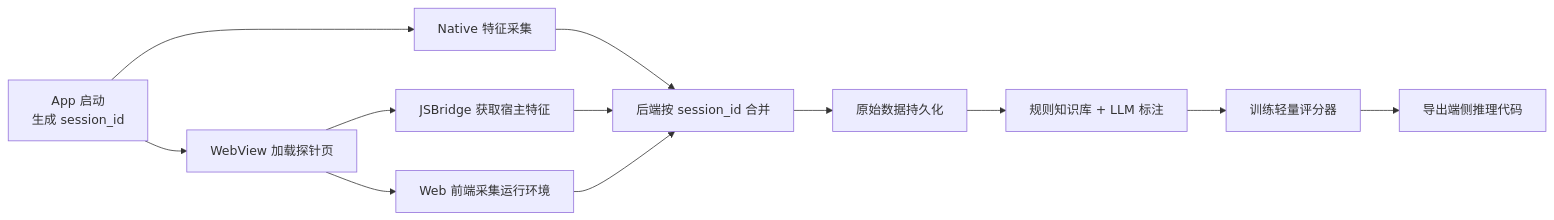
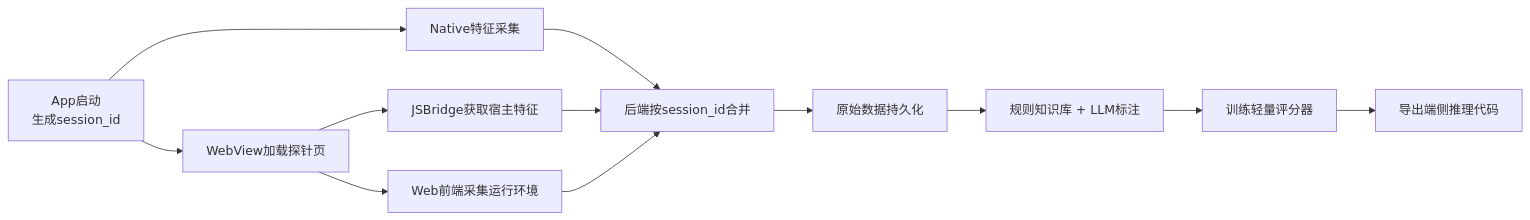
Before and after one commit to Xavi-L/RBA-Cross-Device-Fingerprint: the second of 4 diagrams in thesis_materials/chapter2_system_design.md, drawn with Mermaid. The commit also changed other lines of this file and 28 other files, not shown here.

````diff
--- a/thesis_materials/chapter2_system_design.md
+++ b/thesis_materials/chapter2_system_design.md
@@ -126,18 +126,18 @@
 ```mermaid
 flowchart LR
-    A["App 启动\n生成 session_id"]
-    B["Native 特征采集"]
-    C["WebView 加载探针页"]
-    D["JSBridge 获取宿主特征"]
-    E["Web 前端采集运行环境"]
-    F["后端按 session_id 合并"]
+    A["App启动\n生成session_id"]
+    B["Native特征采集"]
+    C["WebView加载探针页"]
+    D["JSBridge获取宿主特征"]
+    E["Web前端采集运行环境"]
+    F["后端按session_id合并"]
     G["原始数据持久化"]
-    H["规则知识库 + LLM 标注"]
+    H["规则知识库 + LLM标注"]
     I["训练轻量评分器"]
     J["导出端侧推理代码"]
 
     A --> B --> F
     A --> C --> D --> F
     C --> E --> F
     F --> G --> H --> I --> J
 ```
````
